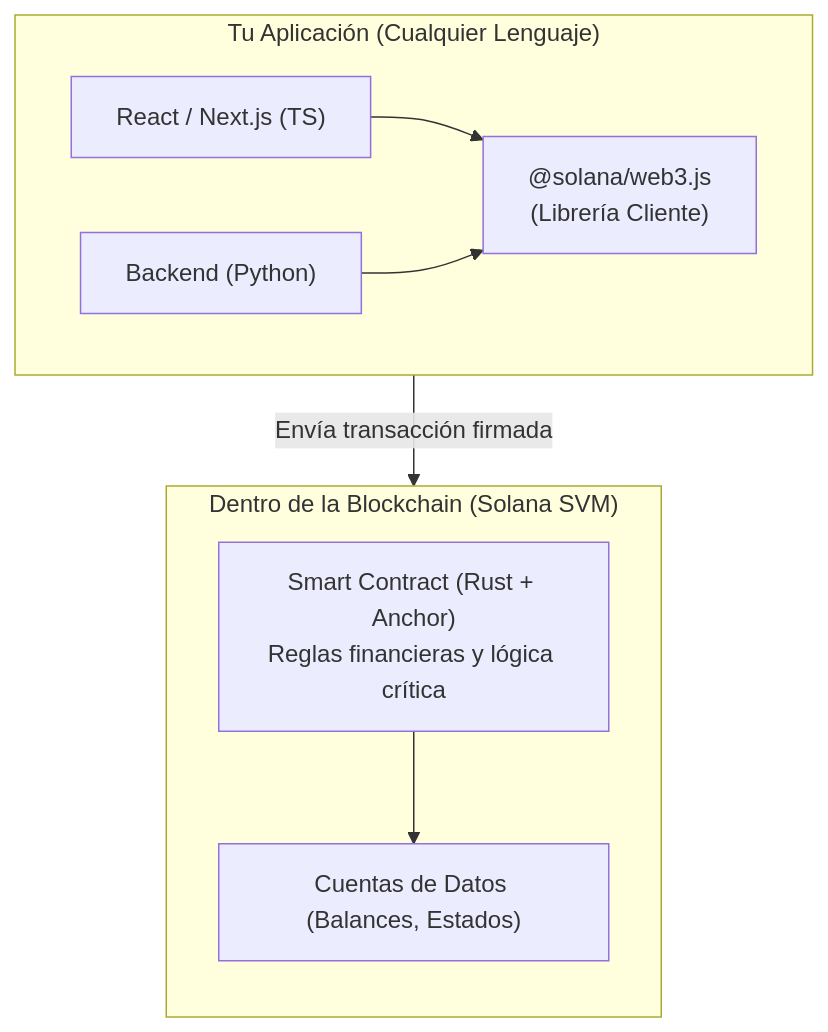
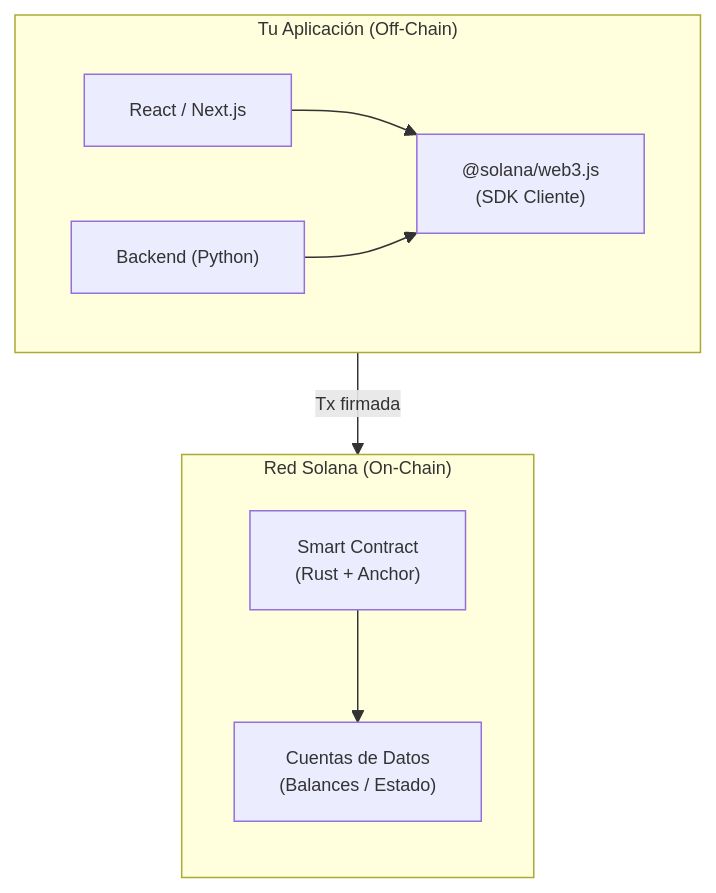
The diagram in conceptos/04-por-que-rust.md (kernel-devs-lab/lab), drawn with Mermaid before and after one commit. The commit also changed 4 other files, not shown here.

Commit message:
fix(docs): acortar etiquetas y ajustar fuente en diagramas mermaid

````diff
--- a/conceptos/04-por-que-rust.md
+++ b/conceptos/04-por-que-rust.md
@@ -15,17 +15,18 @@
 ```mermaid
+%%{init: {'themeVariables': {'fontSize': '12px', 'fontFamily': 'arial'}}}%%
 flowchart TD
-    subgraph TuApp["Tu Aplicación (Cualquier Lenguaje)"]
+    subgraph TuApp["Tu Aplicación (Off-Chain)"]
         direction LR
-        JS["React / Next.js (TS)"] --> SDK["@solana/web3.js<br/>(Librería Cliente)"]
+        JS["React / Next.js"] --> SDK["@solana/web3.js<br/>(SDK Cliente)"]
         PY["Backend (Python)"] --> SDK
     end
 
-    subgraph Blockchain["Dentro de la Blockchain (Solana SVM)"]
+    subgraph Blockchain["Red Solana (On-Chain)"]
         direction TB
-        RustProg["Smart Contract (Rust + Anchor)<br/>Reglas financieras y lógica crítica"]
-        State["Cuentas de Datos (Balances, Estados)"]
+        RustProg["Smart Contract<br/>(Rust + Anchor)"]
+        State["Cuentas de Datos<br/>(Balances / Estado)"]
         RustProg --> State
     end
 
-    SDK -->|"Envía transacción firmada"| RustProg
+    SDK -->|"Tx firmada"| RustProg
 ```
````
